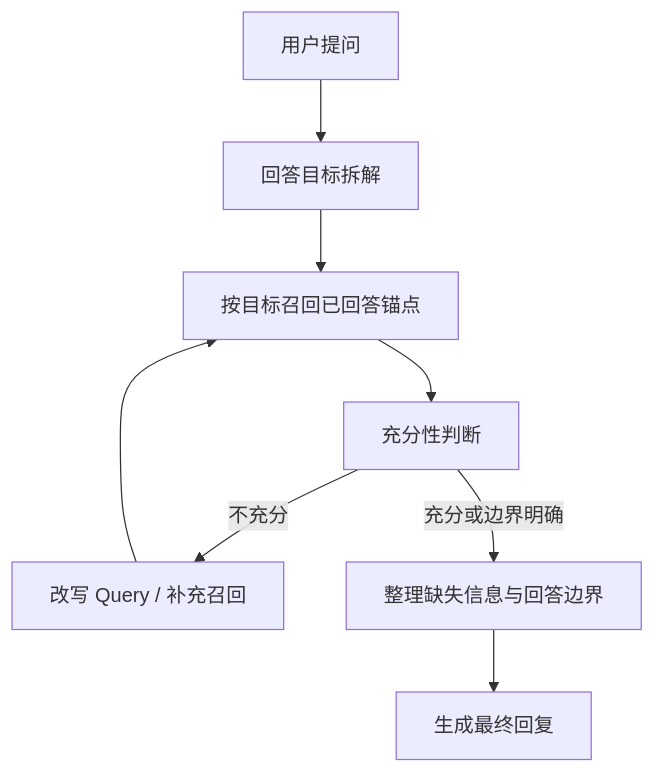
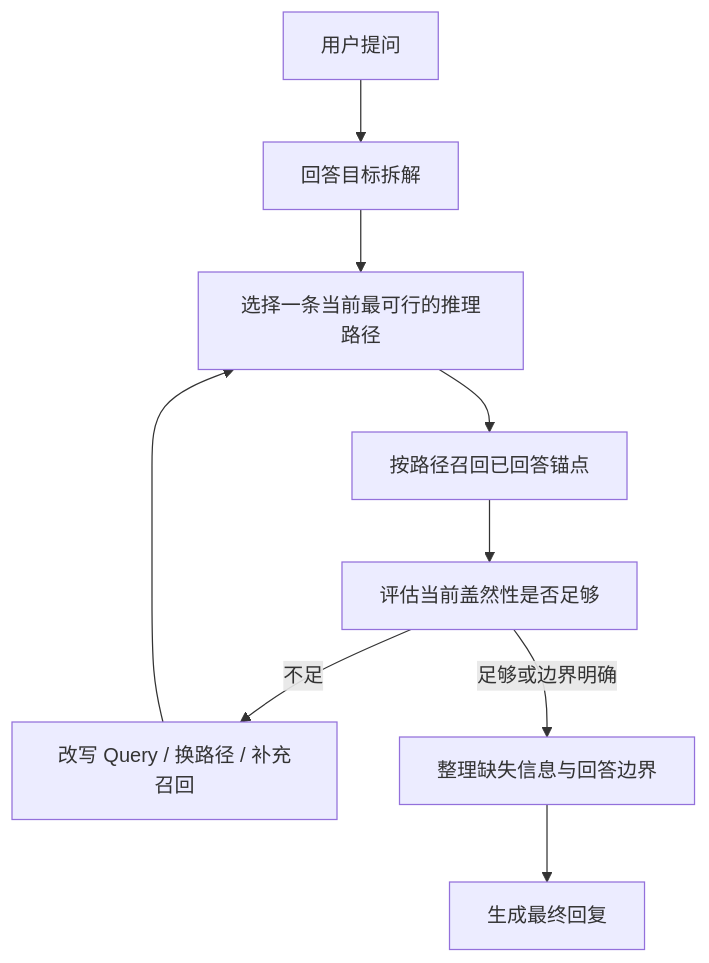
The second of 3 diagrams in README.md (zccz14/ReMi), drawn with Mermaid before and after one commit. The commit also changed other lines of this file and 2 other files, not shown here.

Commit message:
feat: add reasoning gap probe design document
- Introduced a new design for reasoning gap probe synthesis in AvatarInferenceRuntime.
- Probes are generated as side-effects without blocking current responses.
- Initial version reuses existing interview question standards for question canonicalization.
- Focus on validating the closed loop: reasoning gap -> probe candidate -> approval/completion -> answered anchor -> future recall benefits.

````diff
--- a/README.md
+++ b/README.md
@@ -100,10 +104,11 @@
 ```mermaid
 graph TD
     A[用户提问] --> B[回答目标拆解]
-    B --> C[按目标召回已回答锚点]
-    C --> D[充分性判断]
-    D -- 不充分 --> E[改写 Query / 补充召回]
-    E --> C
-    D -- 充分或边界明确 --> F[整理缺失信息与回答边界]
-    F --> G[生成最终回复]
+    B --> C[选择一条当前最可行的推理路径]
+    C --> D[按路径召回已回答锚点]
+    D --> E[评估当前盖然性是否足够]
+    E -- 不足 --> F[改写 Query / 换路径 / 补充召回]
+    F --> C
+    E -- 足够或边界明确 --> G[整理缺失信息与回答边界]
+    G --> H[生成最终回复]
 ```
````
